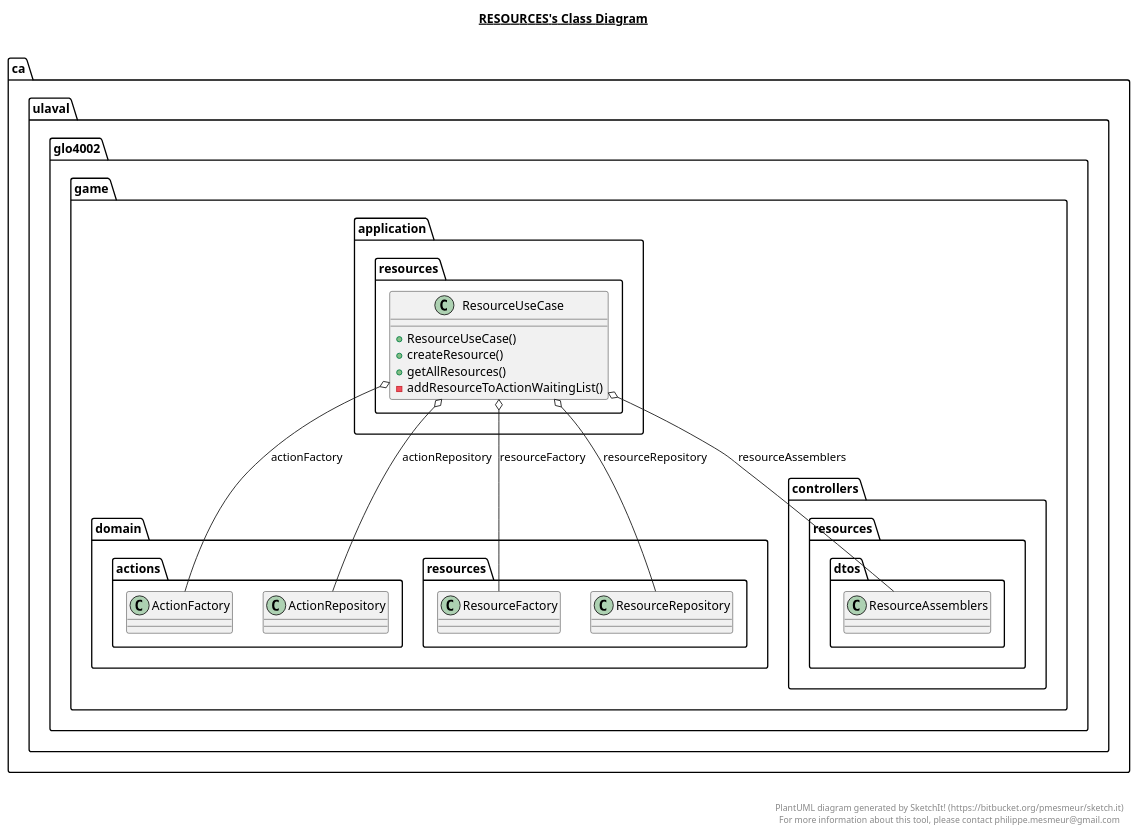
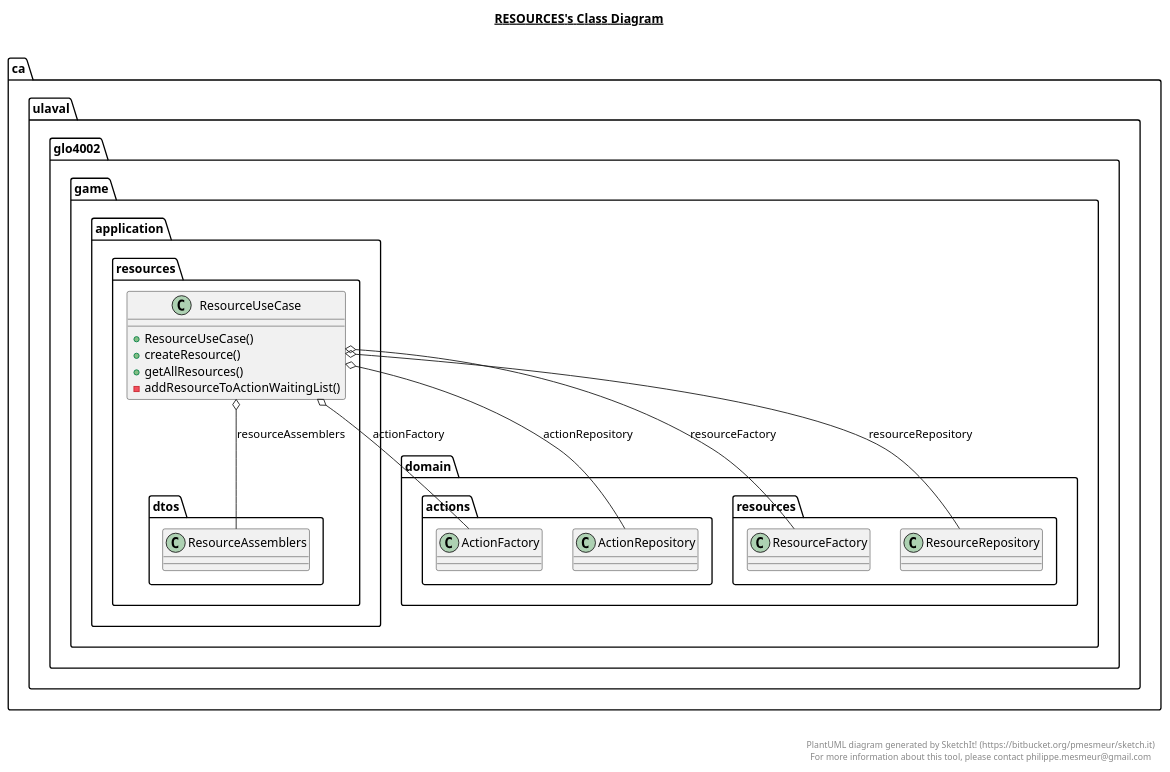
One commit to MALEC321/MEP7 changed the diagram in game-api/src/main/java/ca/ulaval/glo4002/game/application/resources/resources.plantuml. Above: the diagram before and after it, drawn with PlantUML. The commit also changed 23 other files, not shown here.

```diff
--- a/game-api/src/main/java/ca/ulaval/glo4002/game/application/resources/resources.plantuml
+++ b/game-api/src/main/java/ca/ulaval/glo4002/game/application/resources/resources.plantuml
@@ -1,31 +1,31 @@
 @startuml
 
 title __RESOURCES's Class Diagram__\n
 
     namespace ca.ulaval.glo4002.game {
       namespace application.resources {
         class ca.ulaval.glo4002.game.application.resources.ResourceUseCase {
             + ResourceUseCase()
             + createResource()
             + getAllResources()
             - addResourceToActionWaitingList()
         }
       }
     }
   
 
   ca.ulaval.glo4002.game.application.resources.ResourceUseCase o-- ca.ulaval.glo4002.game.domain.actions.ActionFactory : actionFactory
   ca.ulaval.glo4002.game.application.resources.ResourceUseCase o-- ca.ulaval.glo4002.game.domain.actions.ActionRepository : actionRepository
-  ca.ulaval.glo4002.game.application.resources.ResourceUseCase o-- ca.ulaval.glo4002.game.controllers.resources.dtos.ResourceAssemblers : resourceAssemblers
+  ca.ulaval.glo4002.game.application.resources.ResourceUseCase o-- ca.ulaval.glo4002.game.application.resources.dtos.ResourceAssemblers : resourceAssemblers
   ca.ulaval.glo4002.game.application.resources.ResourceUseCase o-- ca.ulaval.glo4002.game.domain.resources.ResourceFactory : resourceFactory
   ca.ulaval.glo4002.game.application.resources.ResourceUseCase o-- ca.ulaval.glo4002.game.domain.resources.ResourceRepository : resourceRepository
 
 
 right footer
 
 
 PlantUML diagram generated by SketchIt! (https://bitbucket.org/pmesmeur/sketch.it)
 For more information about this tool, please contact philippe.mesmeur@gmail.com
 endfooter
 
 @enduml
```
